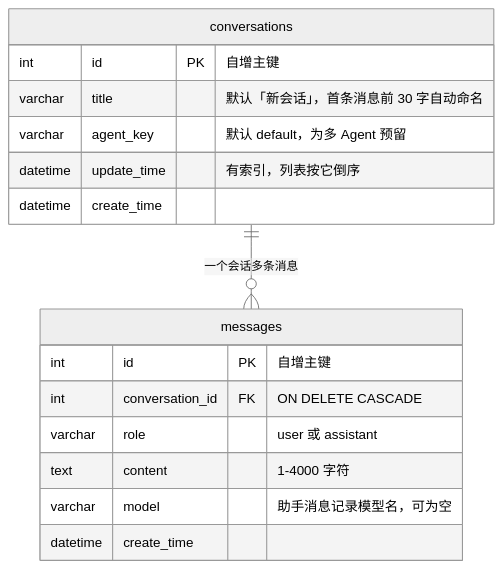
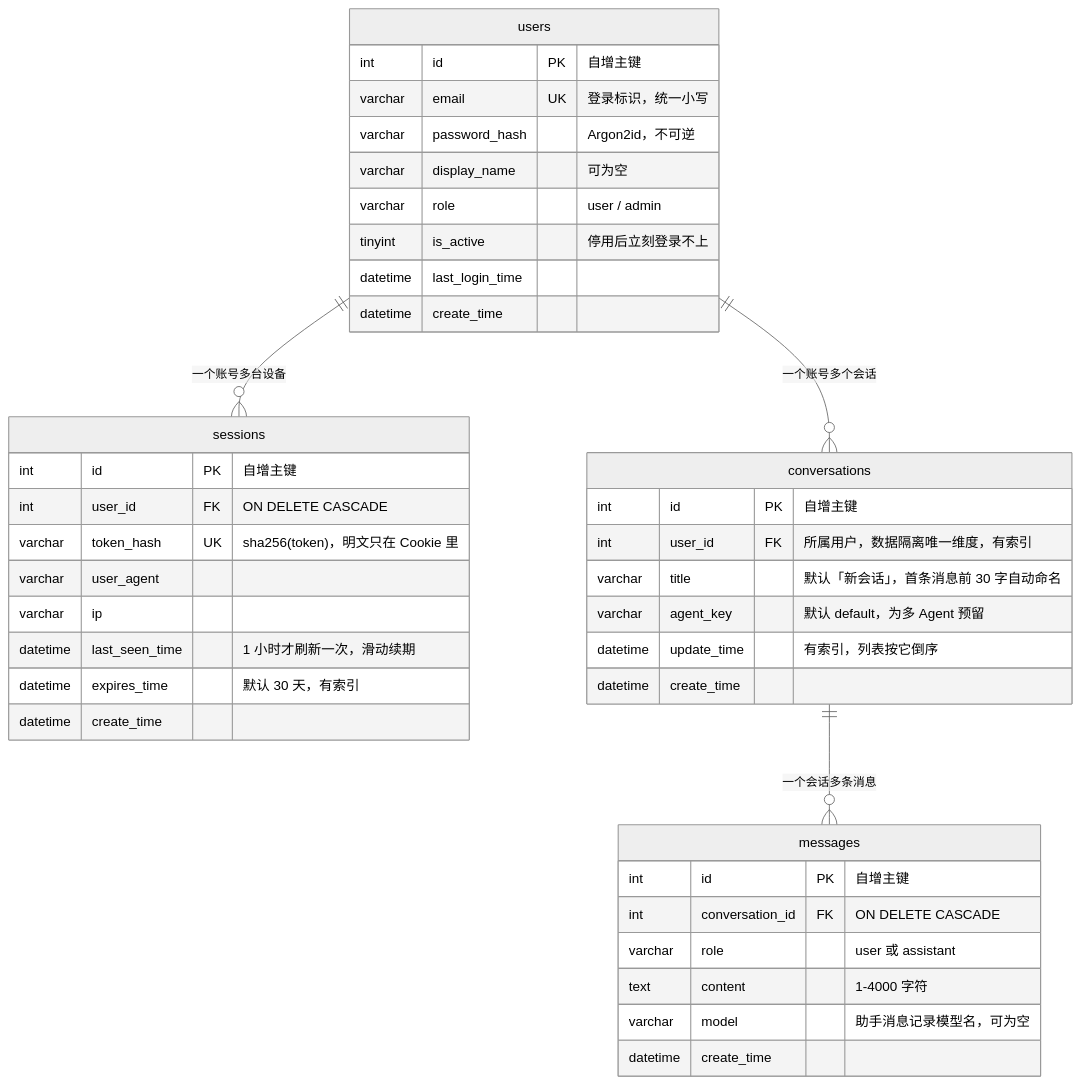
One commit to calix-cui/my-learning changed the third of 3 diagrams in docs/how-it-works.md. Above: the diagram before and after it, drawn with Mermaid (neutral theme). The commit also changed other lines of this file and 8 other files, not shown here.

````diff
--- a/docs/how-it-works.md
+++ b/docs/how-it-works.md
@@ -111,19 +127,42 @@
 ```mermaid
 erDiagram
+    users ||--o{ sessions : "一个账号多台设备"
+    users ||--o{ conversations : "一个账号多个会话"
     conversations ||--o{ messages : "一个会话多条消息"
+    users {
+        int id PK "自增主键"
+        varchar email UK "登录标识，统一小写"
+        varchar password_hash "Argon2id，不可逆"
+        varchar display_name "可为空"
+        varchar role "user / admin"
+        tinyint is_active "停用后立刻登录不上"
+        datetime last_login_time
+        datetime create_time
+    }
+    sessions {
+        int id PK "自增主键"
+        int user_id FK "ON DELETE CASCADE"
+        varchar token_hash UK "sha256(token)，明文只在 Cookie 里"
+        varchar user_agent
+        varchar ip
+        datetime last_seen_time "1 小时才刷新一次，滑动续期"
+        datetime expires_time "默认 30 天，有索引"
+        datetime create_time
+    }
     conversations {
         int id PK "自增主键"
+        int user_id FK "所属用户，数据隔离唯一维度，有索引"
         varchar title "默认「新会话」，首条消息前 30 字自动命名"
         varchar agent_key "默认 default，为多 Agent 预留"
         datetime update_time "有索引，列表按它倒序"
         datetime create_time
     }
     messages {
         int id PK "自增主键"
         int conversation_id FK "ON DELETE CASCADE"
         varchar role "user 或 assistant"
         text content "1-4000 字符"
         varchar model "助手消息记录模型名，可为空"
         datetime create_time
     }
 ```
````
